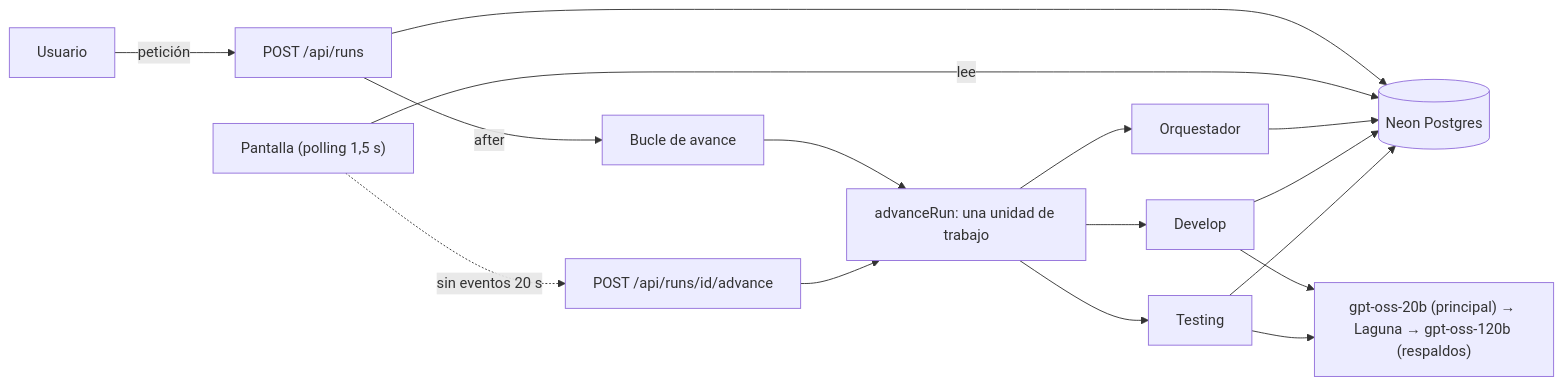
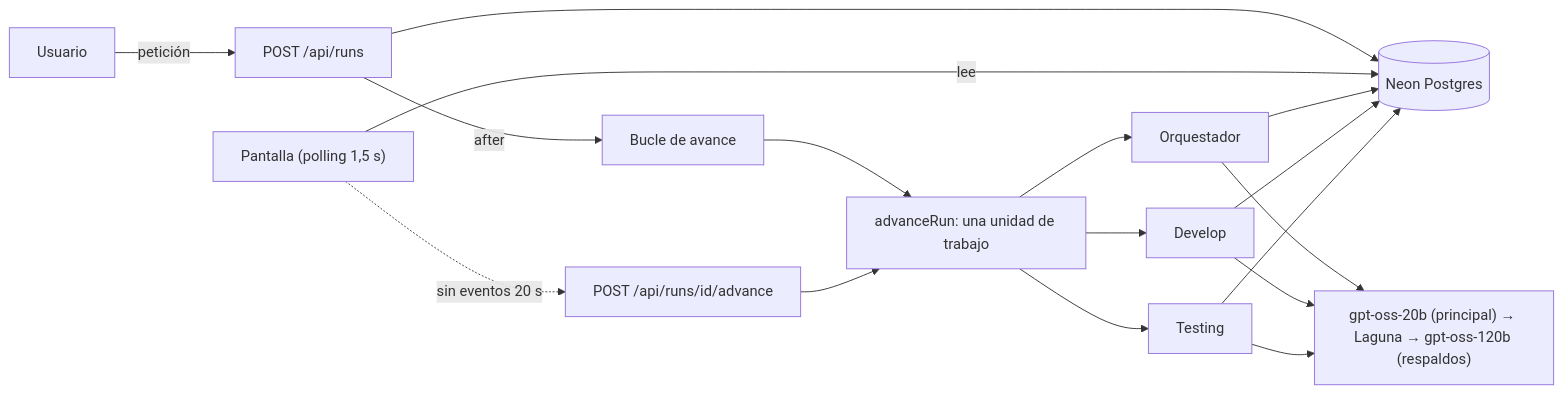
The diagram in README.md (Guille6520/agentes-equipo), drawn with Mermaid before and after one commit. The commit also changed other lines of this file, not shown here.

````diff
--- a/README.md
+++ b/README.md
@@ -69,15 +72,15 @@
 ```mermaid
 flowchart LR
   U[Usuario] -->|petición| API["POST /api/runs"]
   API --> DB[("Neon Postgres")]
   API -->|after| L["Bucle de avance"]
   UI["Pantalla (polling 1,5 s)"] -->|lee| DB
   UI -.->|"sin eventos 20 s"| ADV["POST /api/runs/id/advance"]
   L --> S["advanceRun: una unidad de trabajo"]
   ADV --> S
   S --> O["Orquestador"]
   S --> D["Develop"]
   S --> T["Testing"]
   O & D & T --> DB
-  D & T --> M["gpt-oss-20b (principal) → Laguna → gpt-oss-120b (respaldos)"]
+  O & D & T --> M["gpt-oss-20b (principal) → Laguna → gpt-oss-120b (respaldos)"]
 ```
````
